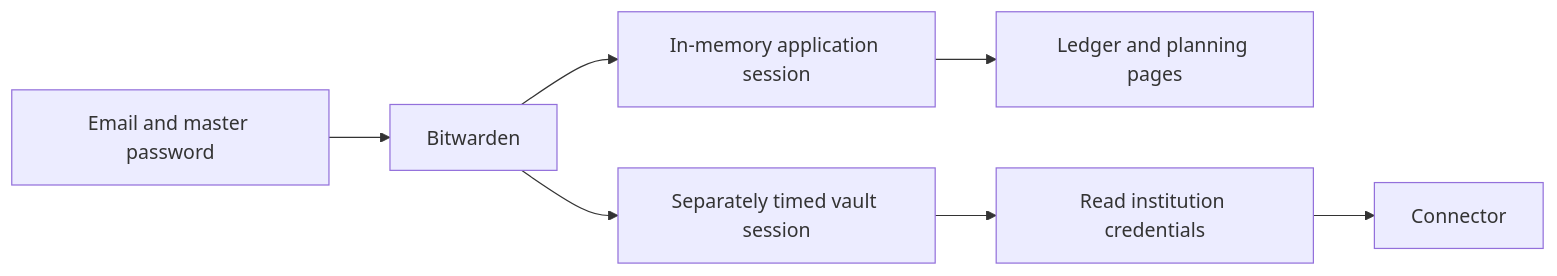
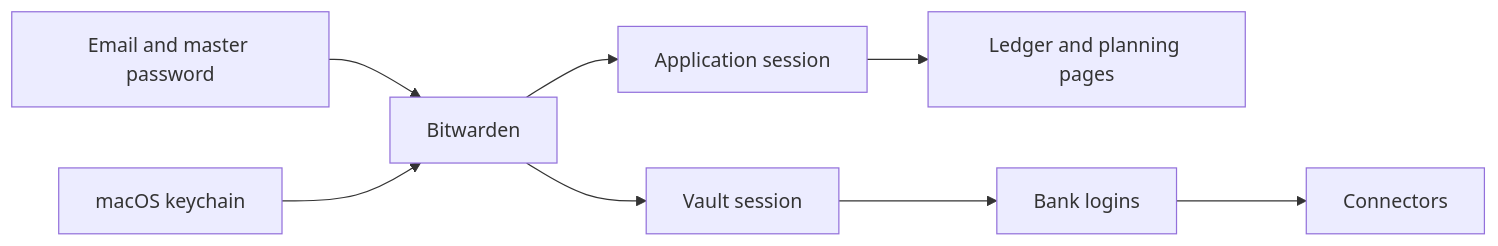
Before and after one commit to spinningyoyo/omsync: the first of 2 diagrams in docs/architecture/access.md, drawn with Mermaid. The commit also changed other lines of this file and 140 other files, not shown here.

````diff
--- a/docs/architecture/access.md
+++ b/docs/architecture/access.md
@@ -60,9 +10,9 @@
 ```mermaid
 flowchart LR
     SignIn[Email and master password] --> Bitwarden
-    Bitwarden --> AppSession[In-memory application session]
-    Bitwarden --> VaultSession[Separately timed vault session]
-    AppSession --> LedgerPages[Ledger and planning pages]
-    VaultSession --> CredentialRead[Read institution credentials]
-    CredentialRead --> Connector
+    Bitwarden --> App[Application session]
+    Bitwarden --> Vault[Vault session]
+    App --> Pages[Ledger and planning pages]
+    Vault --> Logins[Bank logins] --> Connectors
+    Keychain[macOS keychain] --> Bitwarden
 ```
````
